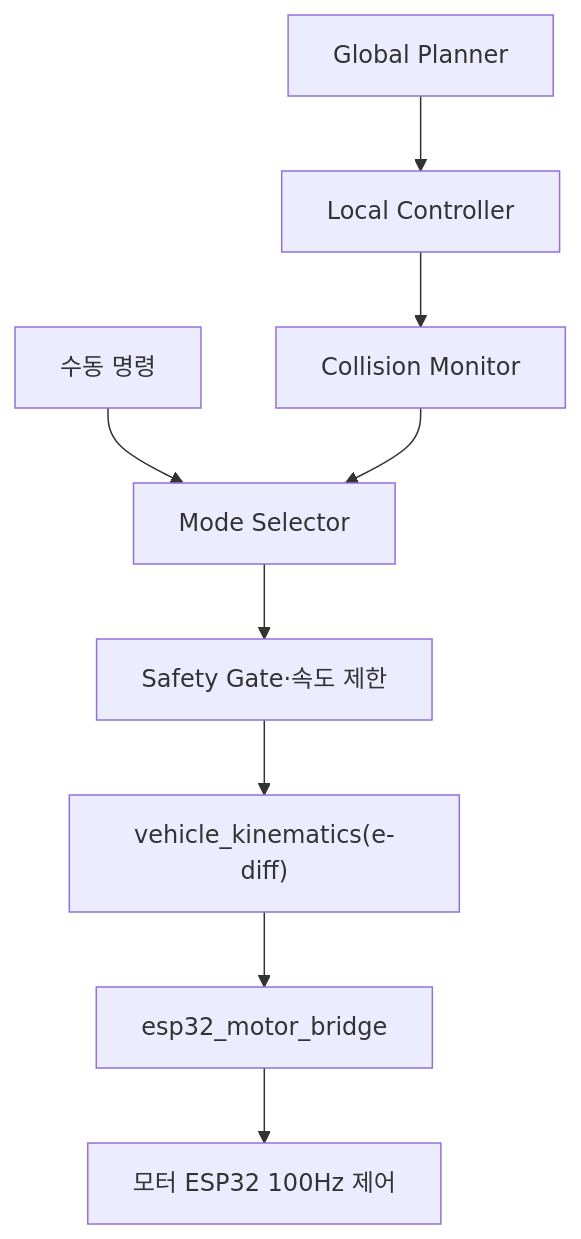
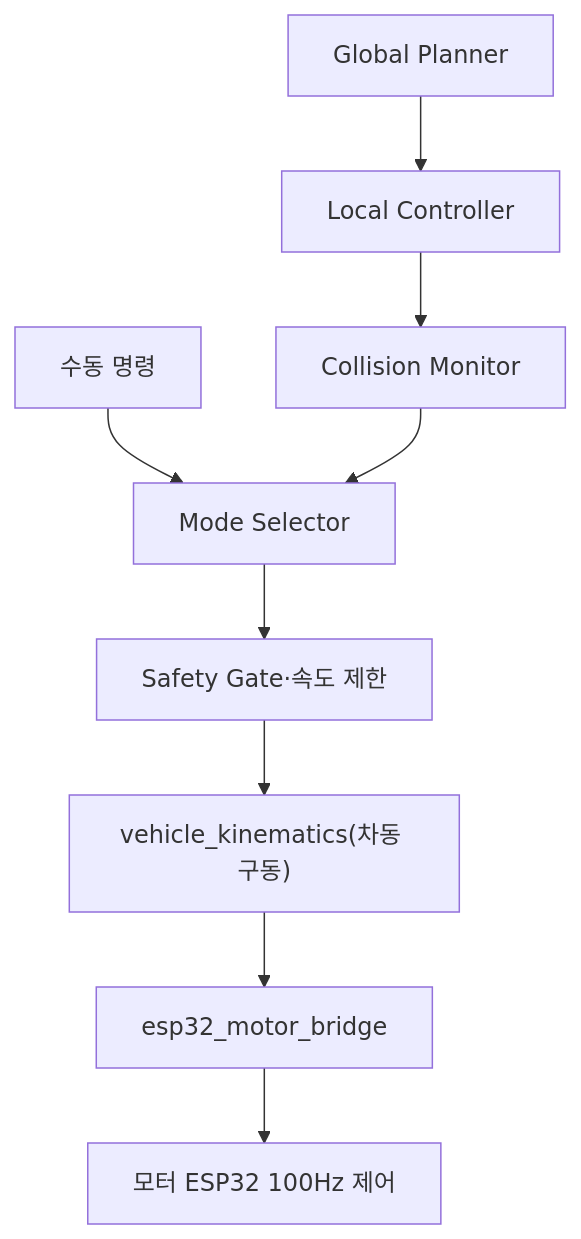
The third of 8 diagrams in docs/04-자율주행-AI.md (Common-AIOT/Sentinel-UGV), drawn with Mermaid before and after one commit. The commit also changed other lines of this file and 25 other files, not shown here.

````diff
--- a/docs/04-자율주행-AI.md
+++ b/docs/04-자율주행-AI.md
@@ -303,11 +303,11 @@
 ```mermaid
 flowchart TB
     global["Global Planner"] --> local["Local Controller"]
     local --> collision["Collision Monitor"]
     manual["수동 명령"] --> selector["Mode Selector"]
     collision --> selector
     selector --> gate["Safety Gate·속도 제한"]
-    gate --> kin["vehicle_kinematics(e-diff)"]
+    gate --> kin["vehicle_kinematics(차동 구동)"]
     kin --> bridge["esp32_motor_bridge"]
     bridge --> esp32["모터 ESP32 100Hz 제어"]
 ```
````
